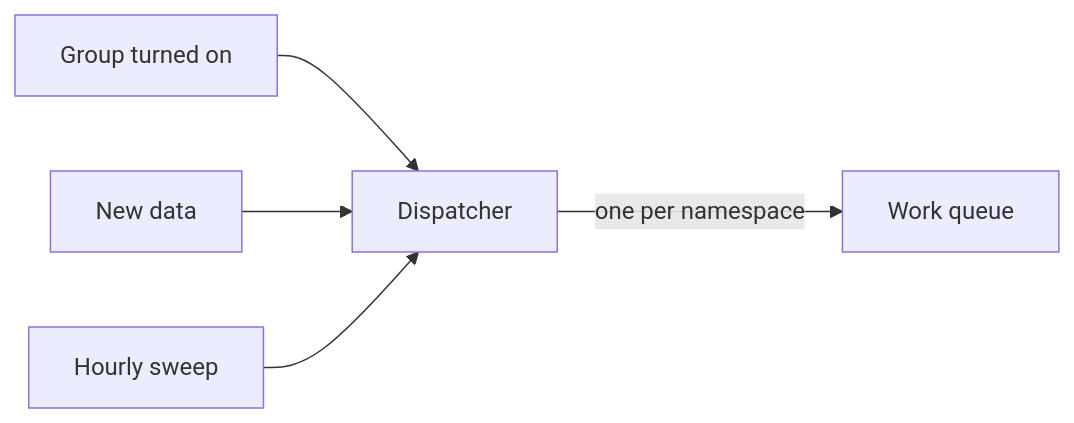
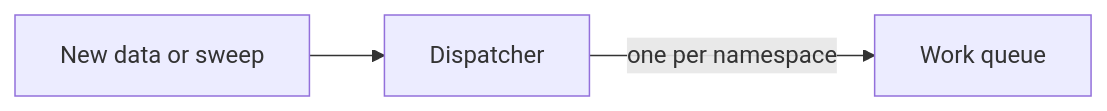
Before and after one commit to gitlabhq/orbit-knowledge-graph: the fourth of 6 diagrams in docs/pages/engineering/architecture/indexing/sdlc-indexing.md, drawn with Mermaid. The commit also changed other lines of this file and 8 other files, not shown here.

Commit message:
docs(testing): rewrite the end-to-end page and use banner diagrams

````diff
--- a/docs/pages/engineering/architecture/indexing/sdlc-indexing.md
+++ b/docs/pages/engineering/architecture/indexing/sdlc-indexing.md
@@ -72,7 +66,4 @@
 ```mermaid
 flowchart LR
-    Enabled[Group turned on] --> D[Dispatcher]
-    Changes[New data] --> D
-    Sweep[Hourly sweep] --> D
-    D -- one per namespace --> Queue[Work queue]
+    New[New data or sweep] --> D[Dispatcher] -- one per namespace --> Queue[Work queue]
 ```
````
